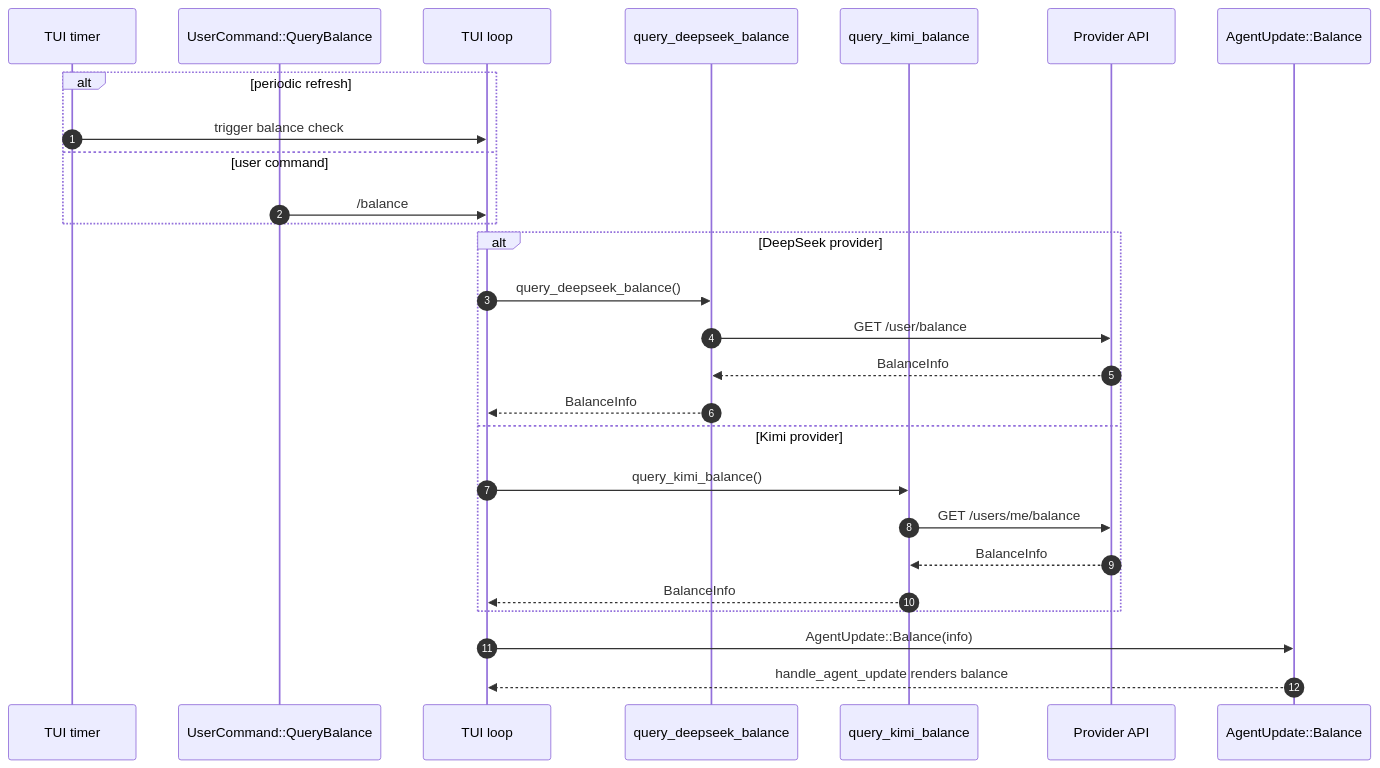
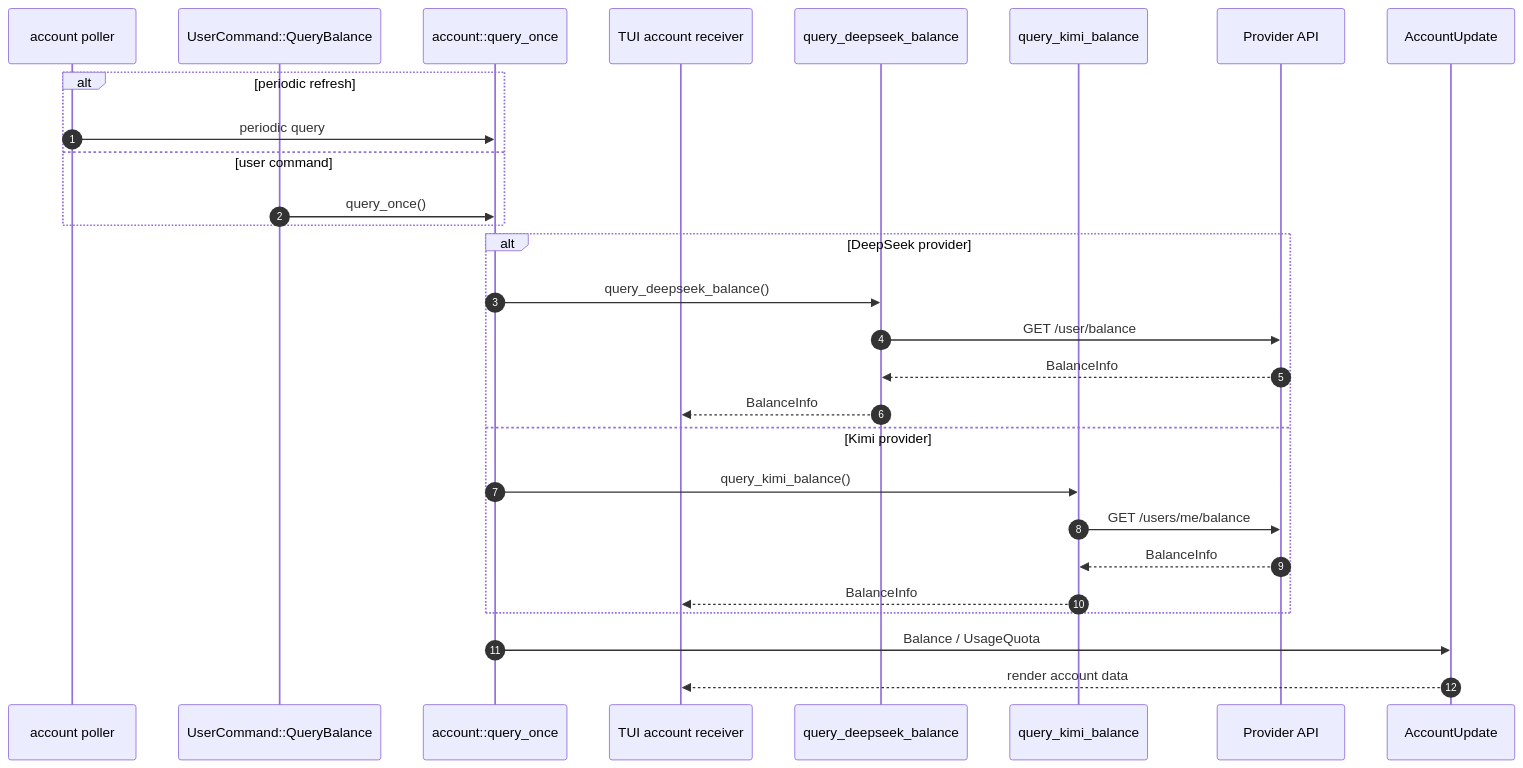
One commit to rust-infra/tact changed the fifth of 5 diagrams in book/22_chapter_llm.md. Above: the diagram before and after it, drawn with Mermaid. The commit also changed other lines of this file and 190 other files, not shown here.

````diff
--- a/book/22_chapter_llm.md
+++ b/book/22_chapter_llm.md
@@ -344,30 +440,31 @@
 ```mermaid
 sequenceDiagram
     autonumber
-    participant Timer as TUI timer
+    participant Poller as account poller
     participant Cmd as UserCommand::QueryBalance
-    participant TUI as TUI loop
+    participant Service as account::query_once
+    participant TUI as TUI account receiver
     participant DeepSeek as query_deepseek_balance
     participant Kimi as query_kimi_balance
     participant API as Provider API
-    participant Update as AgentUpdate::Balance
+    participant Update as AccountUpdate
 
     alt periodic refresh
-        Timer->>TUI: trigger balance check
+        Poller->>Service: periodic query
     else user command
-        Cmd->>TUI: /balance
+        Cmd->>Service: query_once()
     end
     alt DeepSeek provider
-        TUI->>DeepSeek: query_deepseek_balance()
+        Service->>DeepSeek: query_deepseek_balance()
         DeepSeek->>API: GET /user/balance
         API-->>DeepSeek: BalanceInfo
         DeepSeek-->>TUI: BalanceInfo
     else Kimi provider
-        TUI->>Kimi: query_kimi_balance()
+        Service->>Kimi: query_kimi_balance()
         Kimi->>API: GET /users/me/balance
         API-->>Kimi: BalanceInfo
         Kimi-->>TUI: BalanceInfo
     end
-    TUI->>Update: AgentUpdate::Balance(info)
-    Update-->>TUI: handle_agent_update renders balance
+    Service->>Update: Balance / UsageQuota
+    Update-->>TUI: render account data
 ```
````
